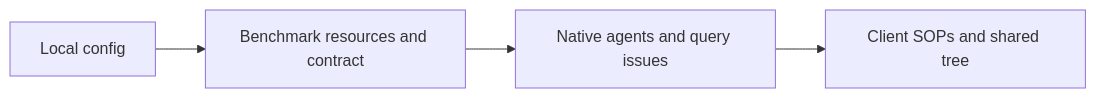
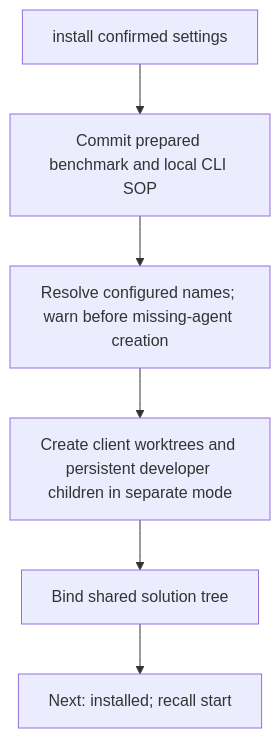
One commit to Winfred666/multica-AIDE changed the third of 3 diagrams in multica_aide/skills/multica-aide-install/DEBUG.md. Above: the diagram before and after it, drawn with Mermaid. The commit also changed other lines of this file and 14 other files, not shown here.

Commit message:
Use named agents and template worktrees for AIDE installation

````diff
--- a/multica_aide/skills/multica-aide-install/DEBUG.md
+++ b/multica_aide/skills/multica-aide-install/DEBUG.md
@@ -15,6 +22,8 @@
 ```mermaid
-flowchart LR
-    config[Local config] --> resources[Benchmark resources and contract]
-    resources --> native[Native agents and query issues]
-    native --> loop[Client SOPs and shared tree]
+flowchart TD
+    install[install confirmed settings] --> template[Commit prepared benchmark and local CLI SOP]
+    template --> agent[Resolve configured names; warn before missing-agent creation]
+    agent --> clients[Create client worktrees and persistent developer children in separate mode]
+    clients --> tree[Bind shared solution tree]
+    tree --> installed["Next: installed; recall start"]
 ```
````
